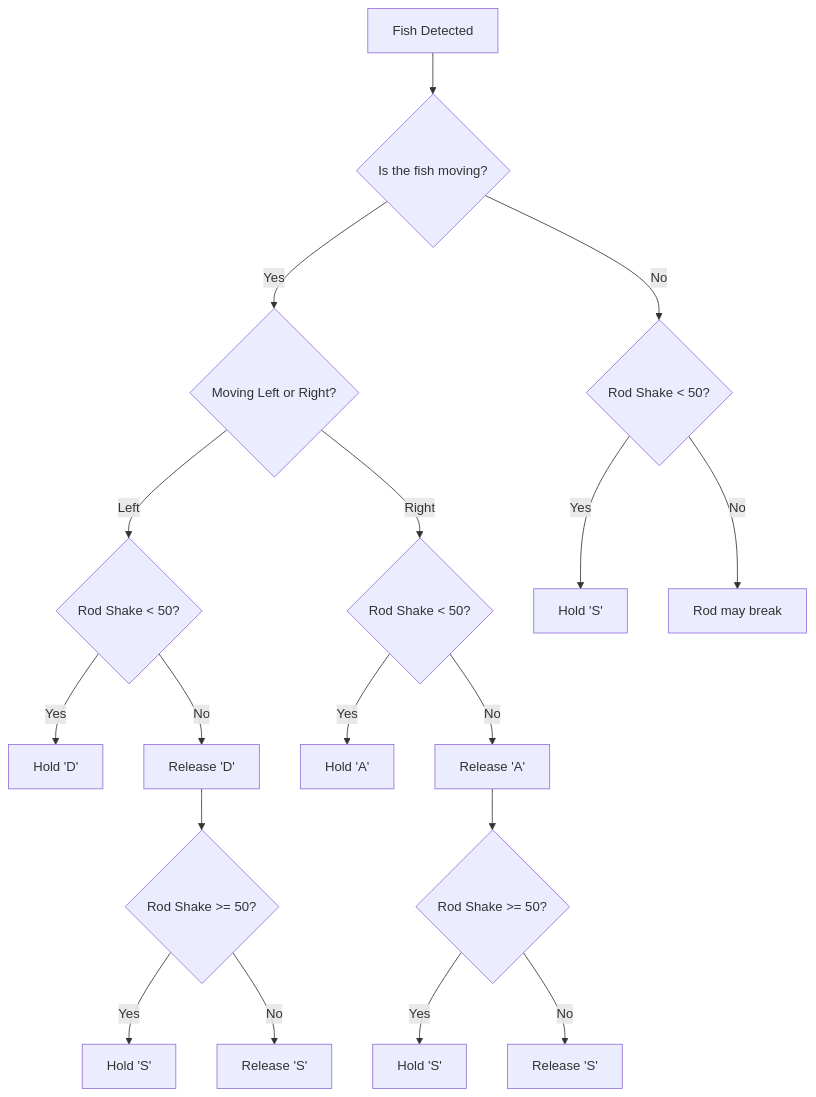
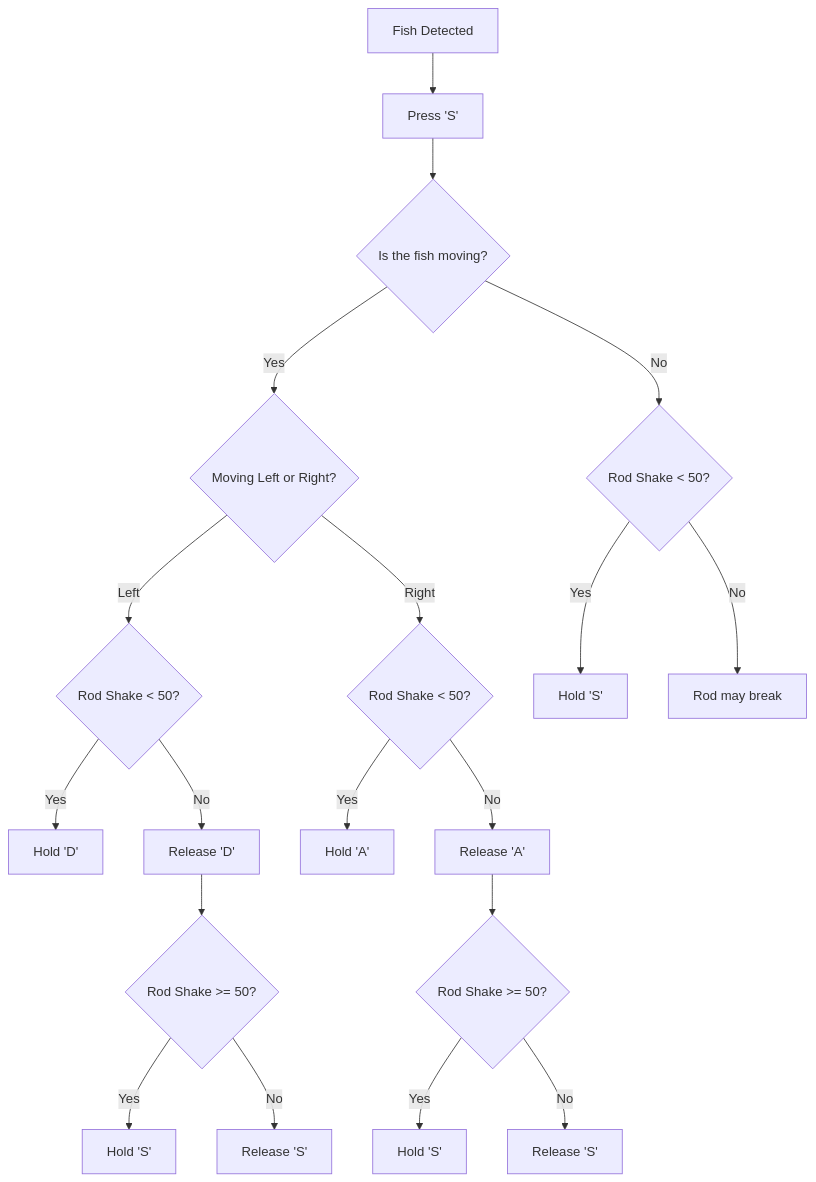
The diagram in README.md (houmairi/Rust_fishing_bot), drawn with Mermaid before and after one commit.

Commit message:
fixed decision tree logic

````diff
--- a/README.md
+++ b/README.md
@@ -58,23 +58,23 @@
 ```mermaid
 graph TD;
-    A[Fish Detected] --> B{Is the fish moving?};
+    A[Fish Detected] --> S[Press 'S'] --> B{Is the fish moving?};
     B -->|Yes| C{Moving Left or Right?};
     C -->|Left| D{Rod Shake < 50?};
     C -->|Right| E{Rod Shake < 50?};
     B -->|No| F{Rod Shake < 50?};
-    
+   
     D -->|Yes| G[Hold 'D'];
     D -->|No| H[Release 'D'];
     H --> I{Rod Shake >= 50?};
     I -->|Yes| J[Hold 'S'];
     I -->|No| K[Release 'S'];
-    
+   
     E -->|Yes| L[Hold 'A'];
     E -->|No| M[Release 'A'];
     M --> N{Rod Shake >= 50?};
     N -->|Yes| O[Hold 'S'];
     N -->|No| P[Release 'S'];
-    
+   
     F -->|Yes| Q[Hold 'S'];
     F -->|No| R[Rod may break];
 ```
````
